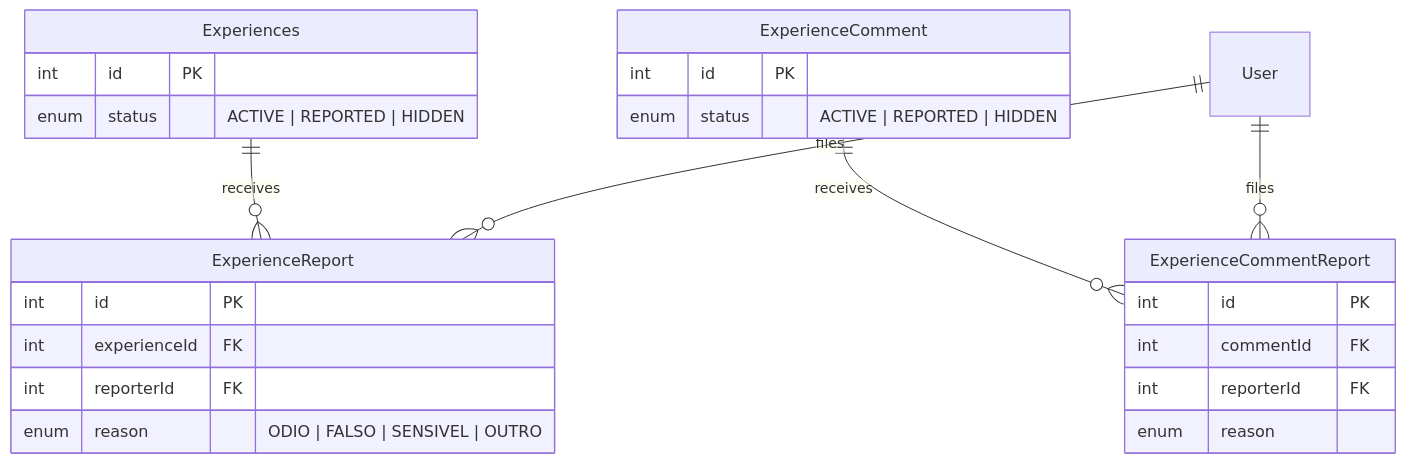
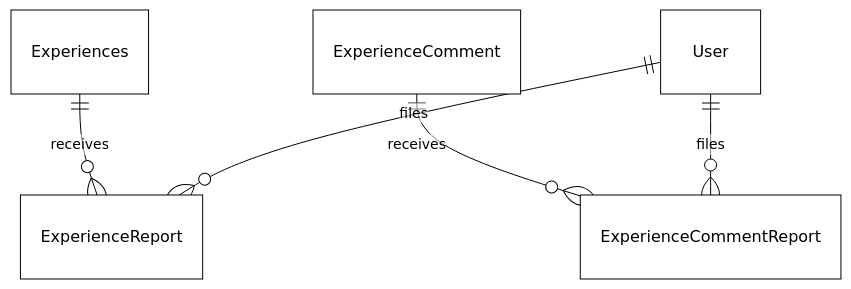
Before and after one commit to Marianamrts/Copia_2026.01-T02_G5_EuAmoPiri_Entrega_04: the first of 4 diagrams in docs/requisitos/RF-denuncia-backend/4.7.DenunciaModeracao.md, drawn with Mermaid. The commit also changed other lines of this file and 30 other files, not shown here.

````diff
--- a/docs/requisitos/RF-denuncia-backend/4.7.DenunciaModeracao.md
+++ b/docs/requisitos/RF-denuncia-backend/4.7.DenunciaModeracao.md
@@ -106,31 +106,8 @@
 ```mermaid
+%%{init: {'theme':'base','themeVariables':{'primaryColor':'#fff','primaryTextColor':'#000','primaryBorderColor':'#000','lineColor':'#000','secondaryColor':'#eee','tertiaryColor':'#fff','clusterBkg':'#fff','clusterBorder':'#000','actorBkg':'#fff','actorBorder':'#000','actorTextColor':'#000'}}}%%
 erDiagram
     Experiences ||--o{ ExperienceReport : receives
     ExperienceComment ||--o{ ExperienceCommentReport : receives
     User ||--o{ ExperienceReport : files
     User ||--o{ ExperienceCommentReport : files
-
-    Experiences {
-        int id PK
-        enum status "ACTIVE | REPORTED | HIDDEN"
-    }
-
-    ExperienceComment {
-        int id PK
-        enum status "ACTIVE | REPORTED | HIDDEN"
-    }
-
-    ExperienceReport {
-        int id PK
-        int experienceId FK
-        int reporterId FK
-        enum reason "ODIO | FALSO | SENSIVEL | OUTRO"
-    }
-
-    ExperienceCommentReport {
-        int id PK
-        int commentId FK
-        int reporterId FK
-        enum reason
-    }
 ```
````
